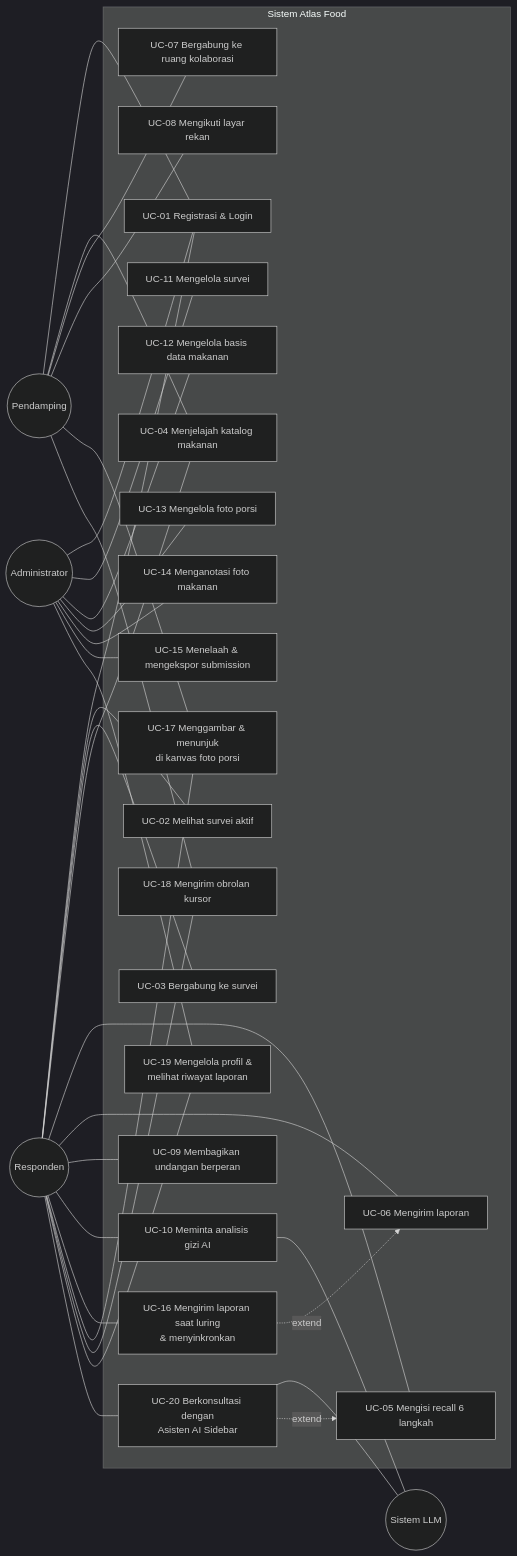
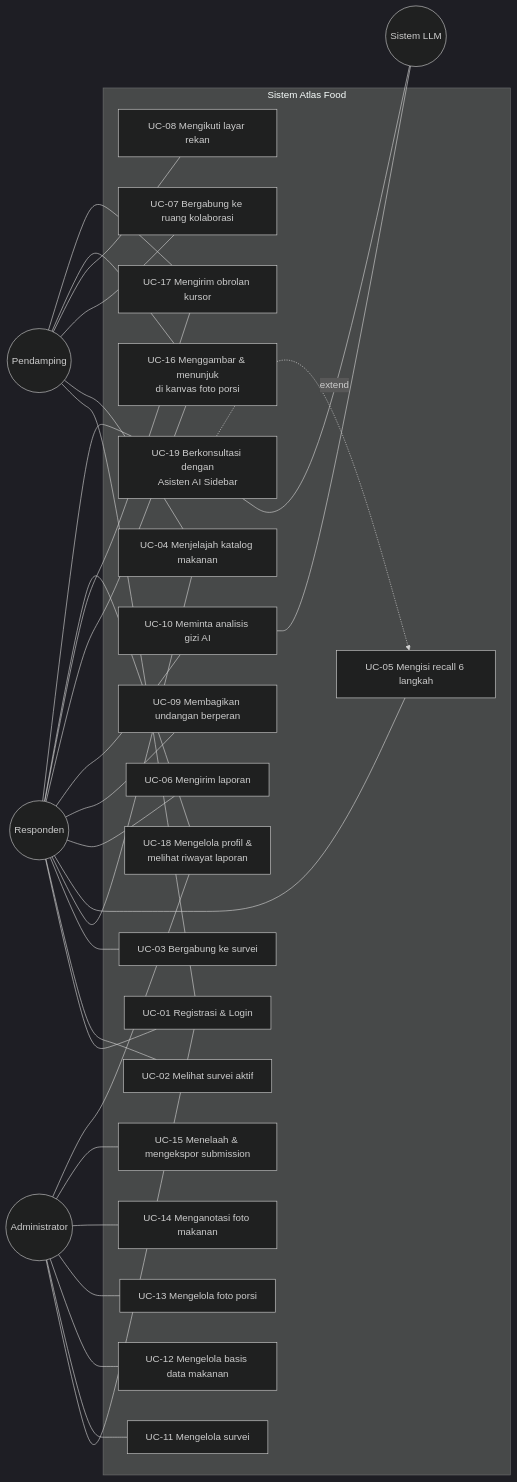
One commit to Babyhex7/atlas_food_frontend changed the third of 13 diagrams in docs/Skripsi_Atlas_Food_Bab_1-5.md. Above: the diagram before and after it, drawn with Mermaid (dark theme). The commit also changed other lines of this file and 2 other files, not shown here.

````diff
--- a/docs/Skripsi_Atlas_Food_Bab_1-5.md
+++ b/docs/Skripsi_Atlas_Food_Bab_1-5.md
@@ -693,38 +651,36 @@
 ```mermaid
 flowchart LR
     R((Responden))
     P((Pendamping))
     A((Administrator))
     L((Sistem LLM))
 
     subgraph SIS["Sistem Atlas Food"]
         UC1["UC-01 Registrasi & Login"]
         UC2["UC-02 Melihat survei aktif"]
         UC3["UC-03 Bergabung ke survei"]
         UC4["UC-04 Menjelajah katalog makanan"]
         UC5["UC-05 Mengisi recall 6 langkah"]
         UC6["UC-06 Mengirim laporan"]
         UC7["UC-07 Bergabung ke ruang kolaborasi"]
         UC8["UC-08 Mengikuti layar rekan"]
         UC9["UC-09 Membagikan undangan berperan"]
         UC10["UC-10 Meminta analisis gizi AI"]
         UC11["UC-11 Mengelola survei"]
         UC12["UC-12 Mengelola basis data makanan"]
         UC13["UC-13 Mengelola foto porsi"]
         UC14["UC-14 Menganotasi foto makanan"]
         UC15["UC-15 Menelaah & mengekspor submission"]
-        UC16["UC-16 Mengirim laporan saat luring<br/>& menyinkronkan"]
-        UC17["UC-17 Menggambar & menunjuk<br/>di kanvas foto porsi"]
-        UC18["UC-18 Mengirim obrolan kursor"]
-        UC19["UC-19 Mengelola profil &<br/>melihat riwayat laporan"]
-        UC20["UC-20 Berkonsultasi dengan<br/>Asisten AI Sidebar"]
+        UC16["UC-16 Menggambar & menunjuk<br/>di kanvas foto porsi"]
+        UC17["UC-17 Mengirim obrolan kursor"]
+        UC18["UC-18 Mengelola profil &<br/>melihat riwayat laporan"]
+        UC19["UC-19 Berkonsultasi dengan<br/>Asisten AI Sidebar"]
     end
 
-    R --- UC1 & UC2 & UC3 & UC4 & UC5 & UC6 & UC9 & UC10 & UC16 & UC17 & UC18 & UC19 & UC20
-    P --- UC1 & UC4 & UC7 & UC8 & UC17 & UC18
-    A --- UC1 & UC11 & UC12 & UC13 & UC14 & UC15 & UC19
+    R --- UC1 & UC2 & UC3 & UC4 & UC5 & UC6 & UC9 & UC10 & UC16 & UC17 & UC18 & UC19
+    P --- UC1 & UC4 & UC7 & UC8 & UC16 & UC17
+    A --- UC1 & UC11 & UC12 & UC13 & UC14 & UC15 & UC18
     UC10 --- L
-    UC20 --- L
-    UC16 -.->|extend| UC6
-    UC20 -.->|extend| UC5
+    UC19 --- L
+    UC19 -.->|extend| UC5
 ```
````
